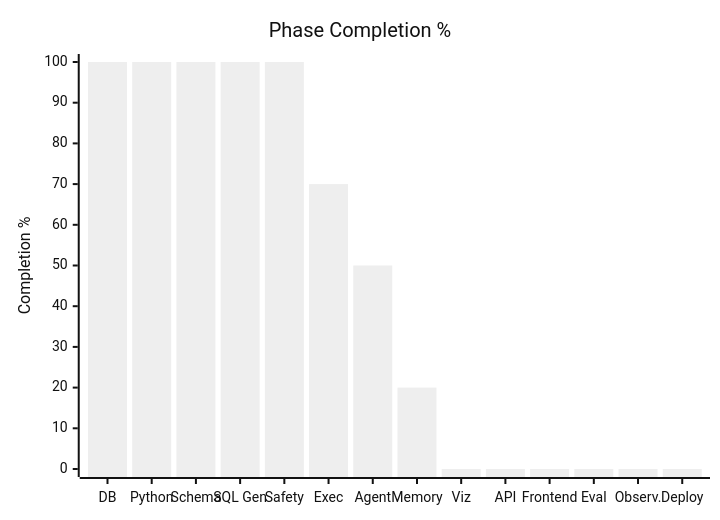
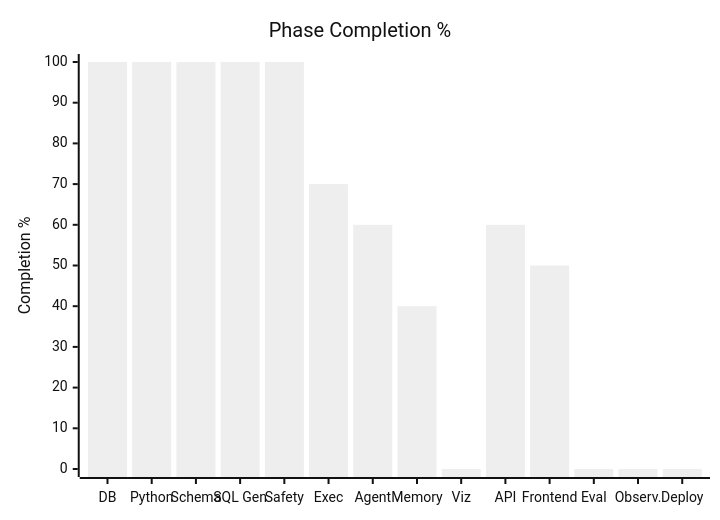
The first of 4 diagrams in docs/DASHBOARD.md (yashika641/postgreSQL_query-ai), drawn with Mermaid before and after one commit. The commit also changed other lines of this file and 26 other files, not shown here.

````diff
--- a/docs/DASHBOARD.md
+++ b/docs/DASHBOARD.md
@@ -54,8 +58,8 @@
 ```mermaid
 %%{init: {'theme': 'neutral'} }%%
 xychart-beta
     title "Phase Completion %"
     x-axis ["DB", "Python", "Schema", "SQL Gen", "Safety", "Exec", "Agent", "Memory", "Viz", "API", "Frontend", "Eval", "Observ.", "Deploy"]
     y-axis "Completion %" 0 --> 100
-    bar [100, 100, 100, 100, 100, 70, 50, 20, 0, 0, 0, 0, 0, 0]
+    bar [100, 100, 100, 100, 100, 70, 60, 40, 0, 60, 50, 0, 0, 0]
 ```
````
